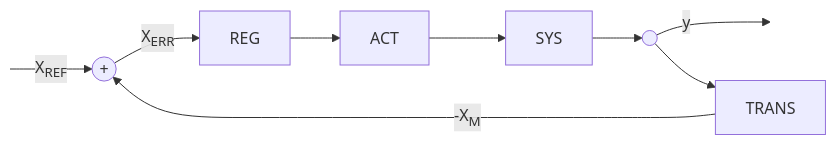
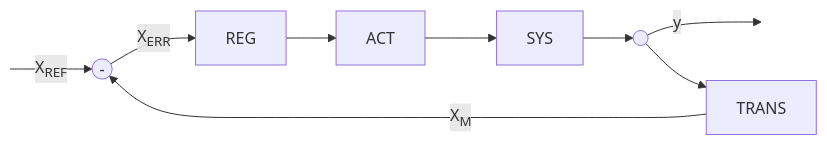
One commit to dennyb87/elettrotecnica-serale changed the second of 4 diagrams in classe_5/sistemi/uda_1/L07_19-11-2024_sistemi_in_retroazione.md. Above: the diagram before and after it, drawn with Mermaid. The commit also changed other lines of this file and 2 other files, not shown here.

````diff
--- a/classe_5/sistemi/uda_1/L07_19-11-2024_sistemi_in_retroazione.md
+++ b/classe_5/sistemi/uda_1/L07_19-11-2024_sistemi_in_retroazione.md
@@ -27,14 +27,14 @@
 ```mermaid
 flowchart LR
-    START[ ]--"X<sub>REF</sub>"-->sum
-    sum(("#43;"))--"X<sub>ERR</sub>"-->REG
+    START[ ]--"X<sub>REF</sub>"-->node
+    node(("#45;"))--"X<sub>ERR</sub>"-->REG
     REG-->ACT
     ACT-->SYS
     SYS-->out((" "))
     out--"y"-->STOP[ ]
     out-->TRANS
-    TRANS--"-X<sub>M</sub>"-->sum
+    TRANS--"X<sub>M</sub>"-->node
 
     style START width:0px,height:0px;
     style STOP  width:0px,height:0px;
 ```
````
